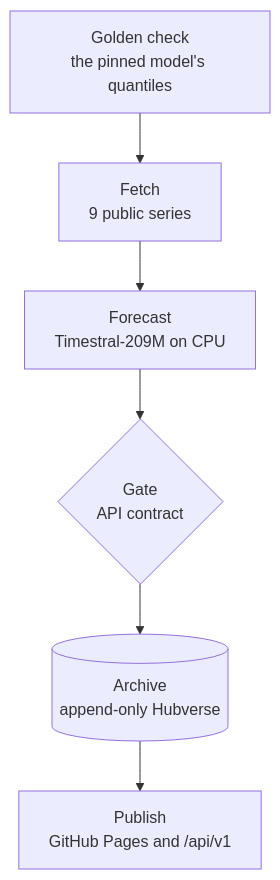
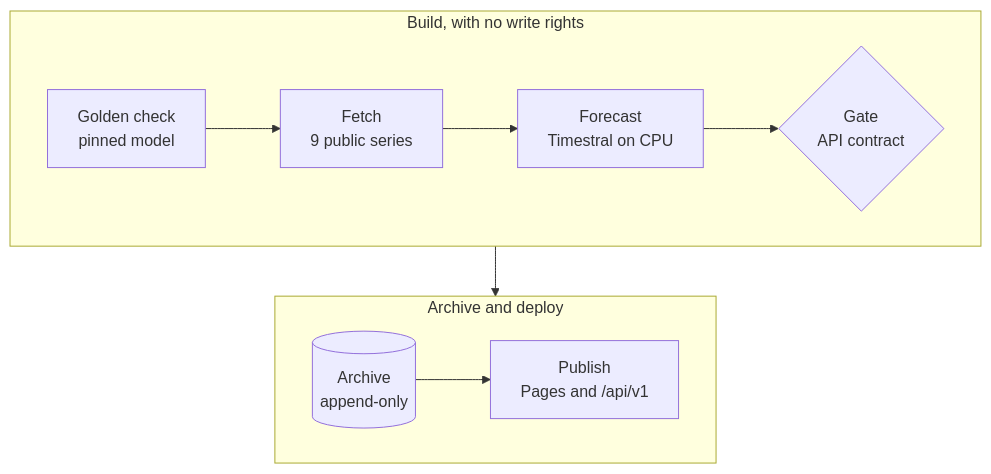
Before and after one commit to exdsgift/aseri: the diagram in README.md, drawn with Mermaid.

Commit message:
docs: back to the run in two lanes, which Mermaid 10 and 11 both draw
GitHub's viewer had refused every diagram in headless loads, including one it
drew earlier, so the failure was not the syntax. The two lanes say more: the
build has no write rights, the archive and the deploy follow it.

Claude-Session: https://claude.ai/code/session_01KExS8oGLzUaYBNCb4f5XcY

````diff
--- a/README.md
+++ b/README.md
@@ -89,8 +89,14 @@
 ```mermaid
 flowchart TB
-  golden["Golden check<br/>the pinned model's quantiles"] --> fetch["Fetch<br/>9 public series"]
-  fetch --> forecast["Forecast<br/>Timestral-209M on CPU"]
-  forecast --> gate{"Gate<br/>API contract"}
-  gate --> archive[("Archive<br/>append-only Hubverse")]
-  archive --> publish["Publish<br/>GitHub Pages and /api/v1"]
+  subgraph run ["Build, with no write rights"]
+    direction LR
+    golden["Golden check<br/>pinned model"] --> fetch["Fetch<br/>9 public series"]
+    fetch --> forecast["Forecast<br/>Timestral on CPU"]
+    forecast --> gate{"Gate<br/>API contract"}
+  end
+  subgraph ship ["Archive and deploy"]
+    direction LR
+    store[("Archive<br/>append-only")] --> publish["Publish<br/>Pages and /api/v1"]
+  end
+  run --> ship
 ```
````
